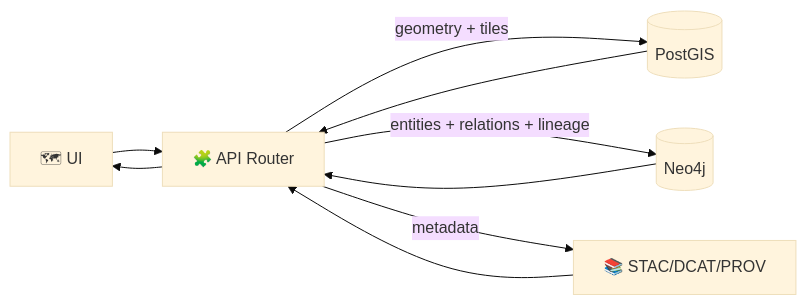
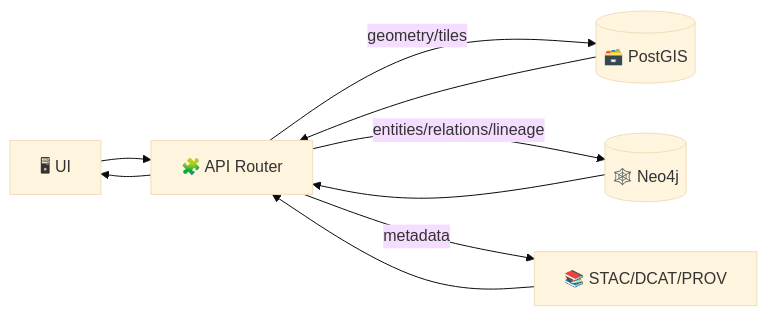
Before and after one commit to bartytime4life/Kansas-Frontier-Matrix: the fifth of 13 diagrams in docs/architecture/diagrams/README.md, drawn with Mermaid (base theme). The commit also changed other lines of this file, not shown here.

````diff
--- a/docs/architecture/diagrams/README.md
+++ b/docs/architecture/diagrams/README.md
@@ -314,11 +439,11 @@
 ```mermaid
 flowchart LR
-  UI[🗺 UI] --> API[🧩 API Router]
-  API -->|geometry + tiles| PG[(PostGIS)]
-  API -->|entities + relations + lineage| N4J[(Neo4j)]
-  API -->|metadata| CAT[📚 STAC/DCAT/PROV]
+  UI["🖥 UI"] --> API["🧩 API Router"]
+  API -->|geometry/tiles| PG[(🗃️ PostGIS)]
+  API -->|entities/relations/lineage| N4J[(🕸️ Neo4j)]
+  API -->|metadata| CAT["📚 STAC/DCAT/PROV"]
   PG --> API
   N4J --> API
   CAT --> API
   API --> UI
 ```
````
